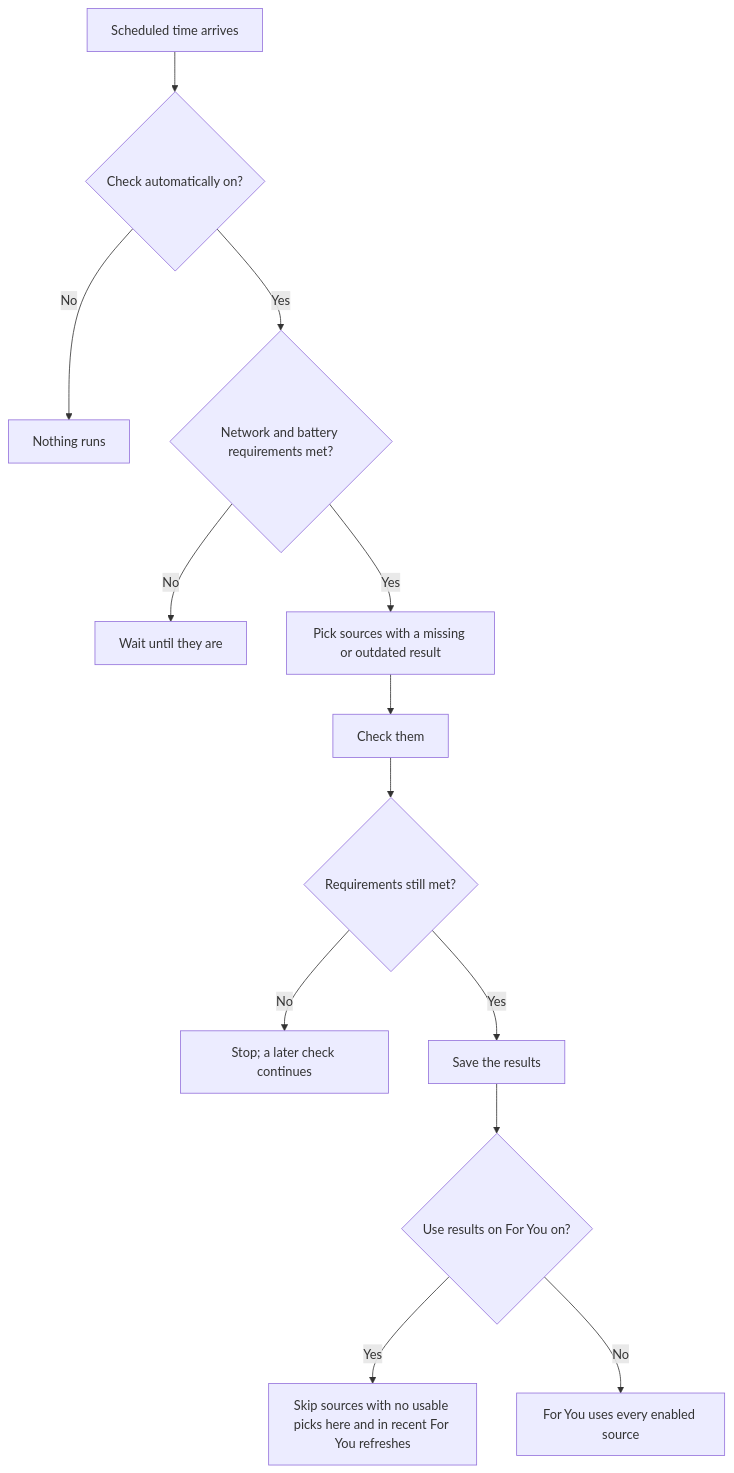
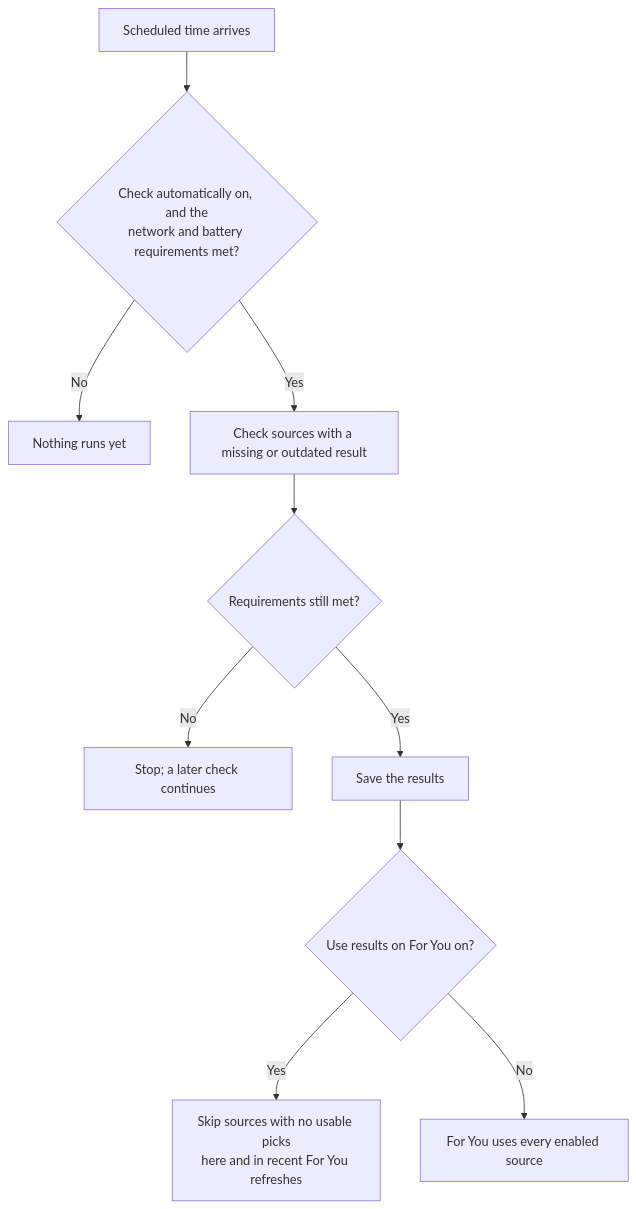
The first of 6 diagrams in docs/kmk/feature-guides/source-evaluation.md (FancyCorey/komikku-fc), drawn with Mermaid before and after one commit. The commit also changed other lines of this file and 93 other files, not shown here.

````diff
--- a/docs/kmk/feature-guides/source-evaluation.md
+++ b/docs/kmk/feature-guides/source-evaluation.md
@@ -72,15 +81,12 @@
 ```mermaid
 flowchart TD
-    Schedule["Scheduled time arrives"] --> Enabled{"Check automatically on?"}
-    Enabled -->|No| Wait["Nothing runs"]
-    Enabled -->|Yes| Conditions{"Network and battery requirements met?"}
-    Conditions -->|No| Later["Wait until they are"]
-    Conditions -->|Yes| Pick["Pick sources with a missing or outdated result"]
-    Pick --> Run["Check them"]
+    Schedule["Scheduled time arrives"] --> Ready{"Check automatically on, and the<br/>network and battery requirements met?"}
+    Ready -->|No| Wait["Nothing runs yet"]
+    Ready -->|Yes| Run["Check sources with a missing or outdated result"]
     Run --> Still{"Requirements still met?"}
     Still -->|No| Stop["Stop; a later check continues"]
     Still -->|Yes| Save["Save the results"]
     Save --> Apply{"Use results on For You on?"}
-    Apply -->|Yes| Skip["Skip sources with no usable picks here and in recent For You refreshes"]
+    Apply -->|Yes| Skip["Skip sources with no usable picks<br/>here and in recent For You refreshes"]
     Apply -->|No| Keep["For You uses every enabled source"]
 ```
````
